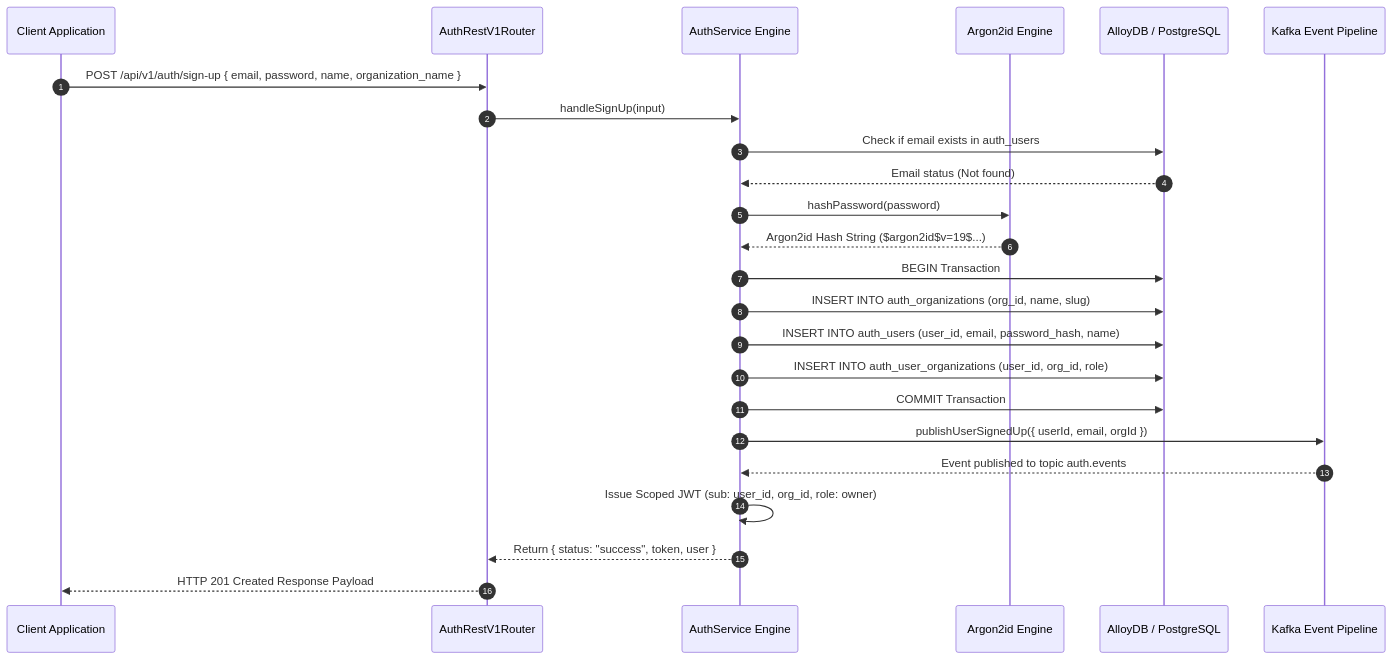
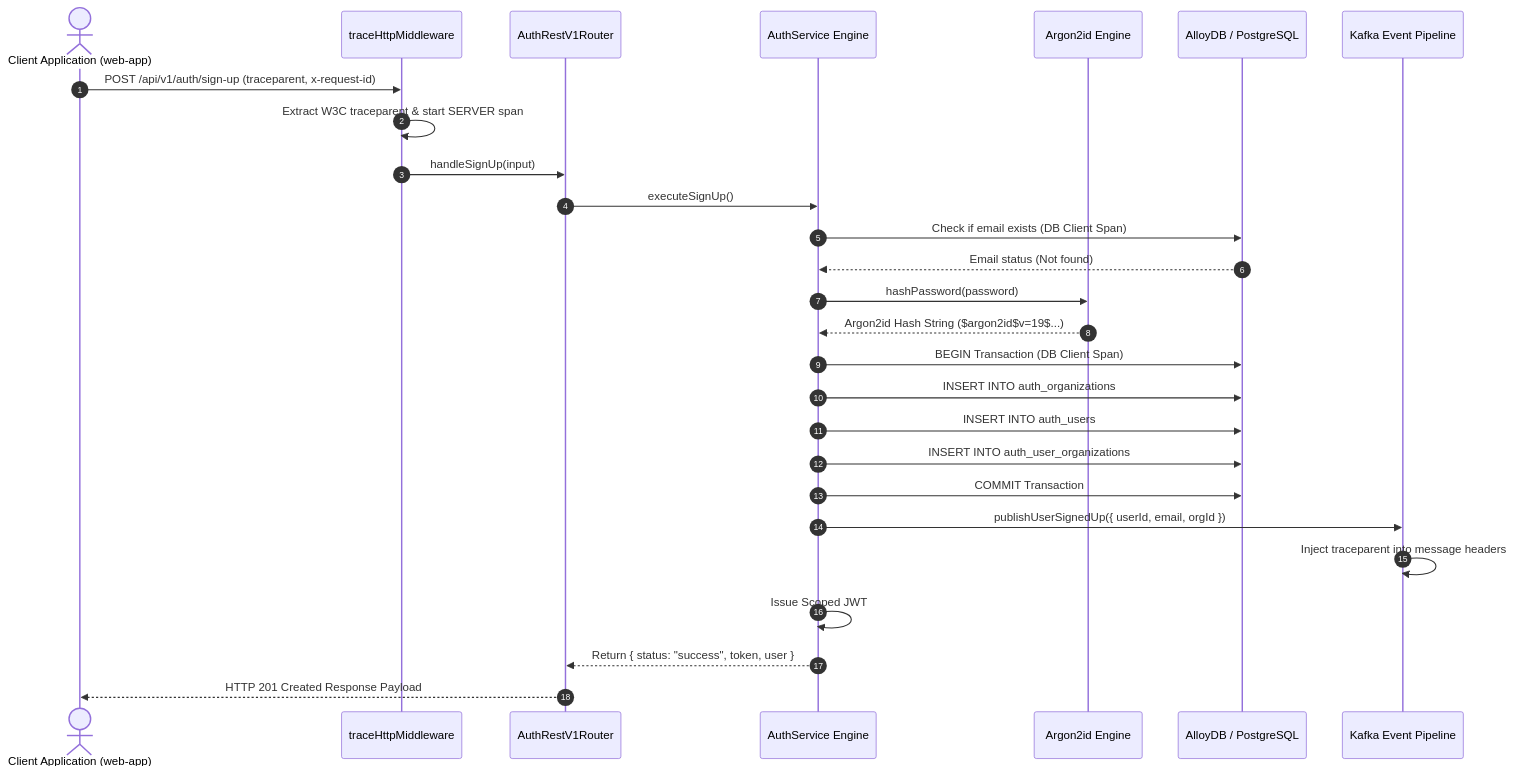
One commit to Chief-Strategist-J/llm-observability-platform changed the second of 3 diagrams in packages/node/auth/adr/0002-authentication-user-registration-and-signin-flow.md. Above: the diagram before and after it, drawn with Mermaid. The commit also changed other lines of this file and 1 other file, not shown here.

Commit message:
docs(adr): update ADR 0001 and ADR 0002 with tracing, W3C context extraction, and failure span recording

````diff
--- a/packages/node/auth/adr/0002-authentication-user-registration-and-signin-flow.md
+++ b/packages/node/auth/adr/0002-authentication-user-registration-and-signin-flow.md
@@ -60,31 +72,34 @@
 ```mermaid
 sequenceDiagram
     autonumber
-    participant Client as Client Application
+    actor Client as Client Application (web-app)
+    participant MW as traceHttpMiddleware
     participant Router as AuthRestV1Router
     participant Service as AuthService Engine
     participant Argon as Argon2id Engine
     participant DB as AlloyDB / PostgreSQL
     participant Kafka as Kafka Event Pipeline
 
-    Client->>Router: POST /api/v1/auth/sign-up { email, password, name, organization_name }
-    Router->>Service: handleSignUp(input)
-    Service->>DB: Check if email exists in auth_users
+    Client->>MW: POST /api/v1/auth/sign-up (traceparent, x-request-id)
+    MW->>MW: Extract W3C traceparent & start SERVER span
+    MW->>Router: handleSignUp(input)
+    Router->>Service: executeSignUp()
+    Service->>DB: Check if email exists (DB Client Span)
     DB-->>Service: Email status (Not found)
 
     Service->>Argon: hashPassword(password)
     Argon-->>Service: Argon2id Hash String ($argon2id$v=19$...)
 
-    Service->>DB: BEGIN Transaction
-    Service->>DB: INSERT INTO auth_organizations (org_id, name, slug)
-    Service->>DB: INSERT INTO auth_users (user_id, email, password_hash, name)
-    Service->>DB: INSERT INTO auth_user_organizations (user_id, org_id, role)
+    Service->>DB: BEGIN Transaction (DB Client Span)
+    Service->>DB: INSERT INTO auth_organizations
+    Service->>DB: INSERT INTO auth_users
+    Service->>DB: INSERT INTO auth_user_organizations
     Service->>DB: COMMIT Transaction
 
     Service->>Kafka: publishUserSignedUp({ userId, email, orgId })
-    Kafka-->>Service: Event published to topic auth.events
+    Kafka->>Kafka: Inject traceparent into message headers
 
-    Service->>Service: Issue Scoped JWT (sub: user_id, org_id, role: owner)
+    Service->>Service: Issue Scoped JWT
     Service-->>Router: Return { status: "success", token, user }
     Router-->>Client: HTTP 201 Created Response Payload
 ```
````
